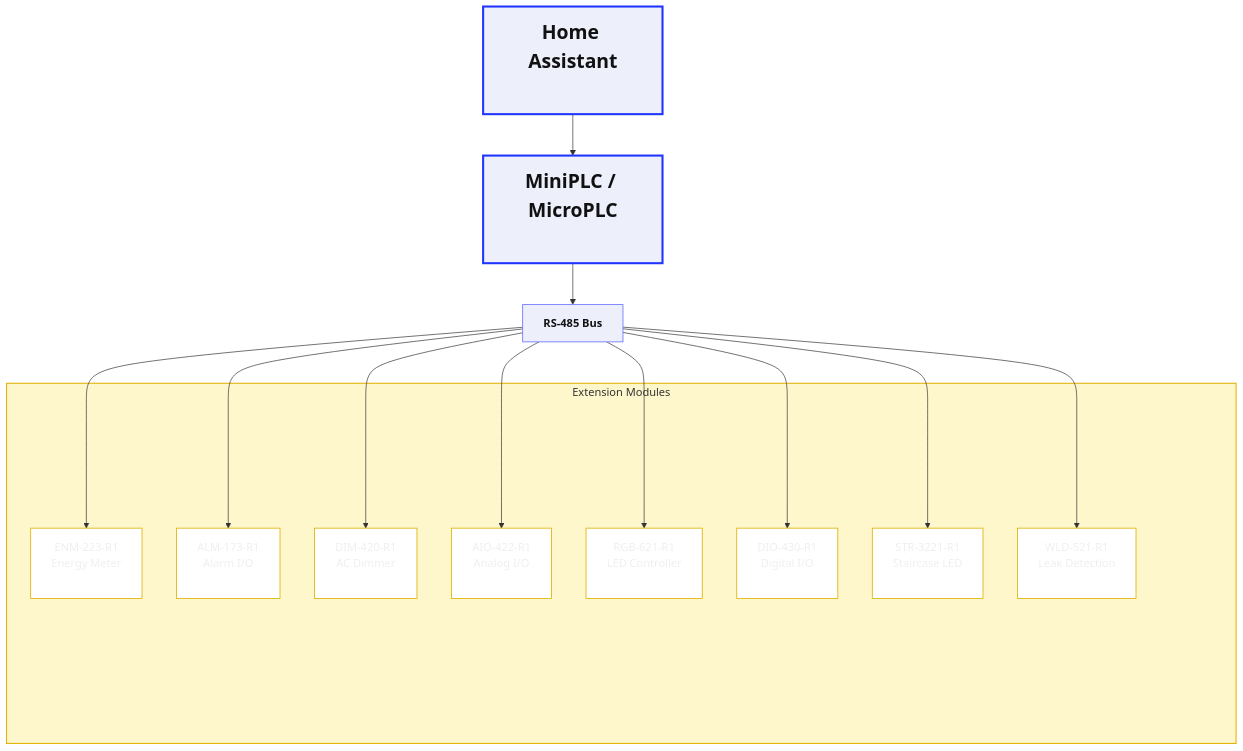
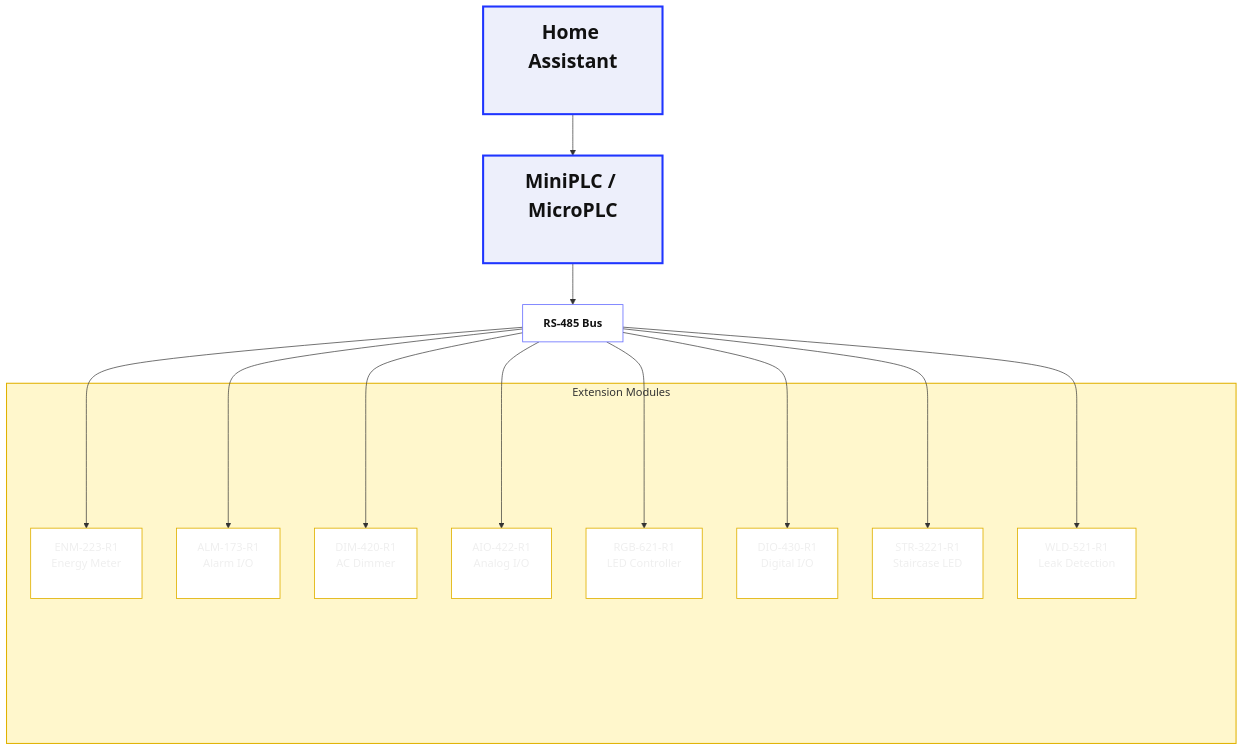
One commit to isystemsautomation/HOMEMASTER changed the diagram in README.md. Above: the diagram before and after it, drawn with Mermaid.

````diff
--- a/README.md
+++ b/README.md
@@ -27,37 +27,37 @@
 ```mermaid
 %%{init: {"flowchart":{"htmlLabels":true,"nodeSpacing":50,"rankSpacing":60}}}%%
 flowchart TD
   %% Classes
-  classDef hub fill:#EDEFFB,stroke:#6B72FF,stroke-width:1.2px,color:#111,font-weight:bold;
+  classDef hub fill:#FFFFFF,stroke:#6B72FF,stroke-width:1.2px,color:#111,font-weight:bold;
   classDef big fill:#EDEFFB,stroke:#1F35FF,stroke-width:3px,color:#111,font-weight:bold,font-size:28px;
   classDef mod fill:#ffffff,stroke:#E0B100,stroke-width:1.2px,color:#1111;
   classDef ghost fill:transparent,stroke:transparent,color:transparent;
 
   %% Double-sized HA and PLC (bigger font + extra line breaks)
   HA["Home Assistant<br/><br/>"]:::big --> PLC["MiniPLC / MicroPLC<br/><br/>"]:::big
   PLC --> RS485[RS-485 Bus]:::hub
 
   %% Subgraph with taller nodes; extra <br/> increases node height
   subgraph Mods["Extension Modules"]
     ENM["ENM-223-R1<br/>Energy Meter<br/><br/>"]:::mod
     ALM["ALM-173-R1<br/>Alarm I/O<br/><br/>"]:::mod
     DIM["DIM-420-R1<br/>AC Dimmer<br/><br/>"]:::mod
     AIO["AIO-422-R1<br/>Analog I/O<br/><br/>"]:::mod
     RGB["RGB-621-R1<br/>LED Controller<br/><br/>"]:::mod
     DIO["DIO-430-R1<br/>Digital I/O<br/><br/>"]:::mod
     STR["STR-3221-R1<br/>Staircase LED<br/><br/>"]:::mod
     WLD["WLD-521-R1<br/>Leak Detection<br/><br/>"]:::mod
     SP1["<br/><br/><br/><br/><br/><br/><br/><br/><br/><br/><br/><br/><br/><br/><br/><br/><br/><br/>"]:::ghost
   end
   style Mods fill:#FFF7CC,stroke:#E0B100,stroke-width:1.5px
 
   %% Edges
   RS485 --> ENM
   RS485 --> ALM
   RS485 --> DIM
   RS485 --> AIO
   RS485 --> RGB
   RS485 --> DIO
   RS485 --> STR
   RS485 --> WLD
 ```
````
